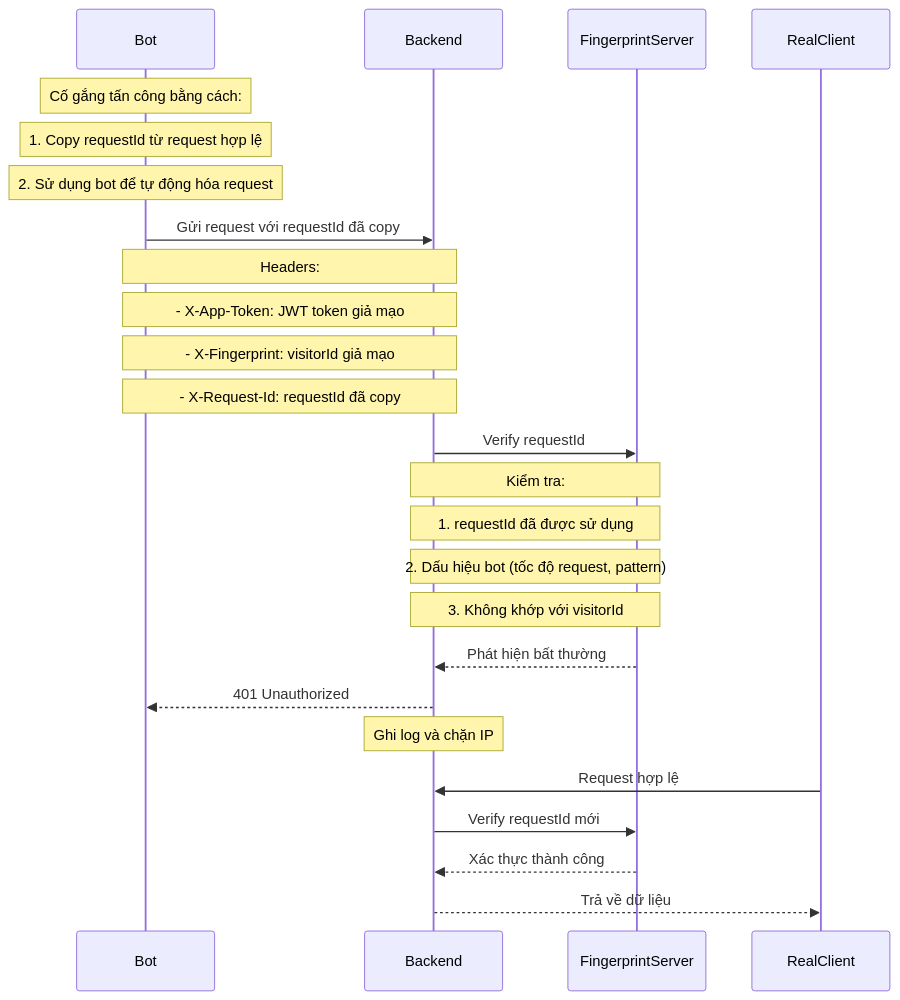
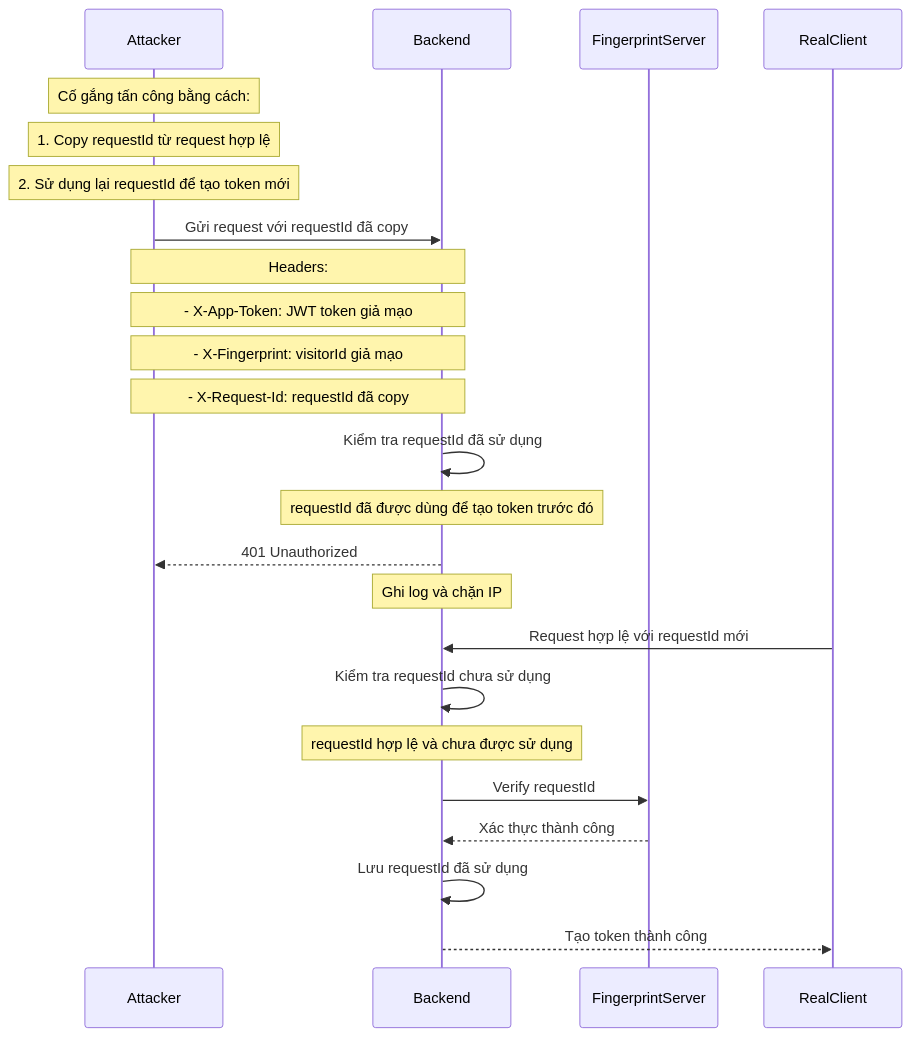
One commit to vunm-demo-app/fingerprint-auth-demo changed the third of 4 diagrams in README.md. Above: the diagram before and after it, drawn with Mermaid. The commit also changed other lines of this file and 2 other files, not shown here.

Commit message:
update verify visitor and requestId logic

````diff
--- a/README.md
+++ b/README.md
@@ -84,30 +83,29 @@
 ```mermaid
 sequenceDiagram
-    participant Bot
+    participant Attacker
     participant Backend
     participant FingerprintServer
     participant RealClient
 
-    Note over Bot: Cố gắng tấn công bằng cách:
-    Note over Bot: 1. Copy requestId từ request hợp lệ
-    Note over Bot: 2. Sử dụng bot để tự động hóa request
+    Note over Attacker: Cố gắng tấn công bằng cách:
+    Note over Attacker: 1. Copy requestId từ request hợp lệ
+    Note over Attacker: 2. Sử dụng lại requestId để tạo token mới
 
-    Bot->>Backend: Gửi request với requestId đã copy
-    Note over Bot,Backend: Headers:
-    Note over Bot,Backend: - X-App-Token: JWT token giả mạo
-    Note over Bot,Backend: - X-Fingerprint: visitorId giả mạo
-    Note over Bot,Backend: - X-Request-Id: requestId đã copy
-    Backend->>FingerprintServer: Verify requestId
-    Note over Backend,FingerprintServer: Kiểm tra:
-    Note over Backend,FingerprintServer: 1. requestId đã được sử dụng
-    Note over Backend,FingerprintServer: 2. Dấu hiệu bot (tốc độ request, pattern)
-    Note over Backend,FingerprintServer: 3. Không khớp với visitorId
-    FingerprintServer-->>Backend: Phát hiện bất thường
-    Backend-->>Bot: 401 Unauthorized
+    Attacker->>Backend: Gửi request với requestId đã copy
+    Note over Attacker,Backend: Headers:
+    Note over Attacker,Backend: - X-App-Token: JWT token giả mạo
+    Note over Attacker,Backend: - X-Fingerprint: visitorId giả mạo
+    Note over Attacker,Backend: - X-Request-Id: requestId đã copy
+    Backend->>Backend: Kiểm tra requestId đã sử dụng
+    Note over Backend: requestId đã được dùng để tạo token trước đó
+    Backend-->>Attacker: 401 Unauthorized
     Note over Backend: Ghi log và chặn IP
 
-    RealClient->>Backend: Request hợp lệ
-    Backend->>FingerprintServer: Verify requestId mới
+    RealClient->>Backend: Request hợp lệ với requestId mới
+    Backend->>Backend: Kiểm tra requestId chưa sử dụng
+    Note over Backend: requestId hợp lệ và chưa được sử dụng
+    Backend->>FingerprintServer: Verify requestId
     FingerprintServer-->>Backend: Xác thực thành công
-    Backend-->>RealClient: Trả về dữ liệu
+    Backend->>Backend: Lưu requestId đã sử dụng
+    Backend-->>RealClient: Tạo token thành công
 ```
````
